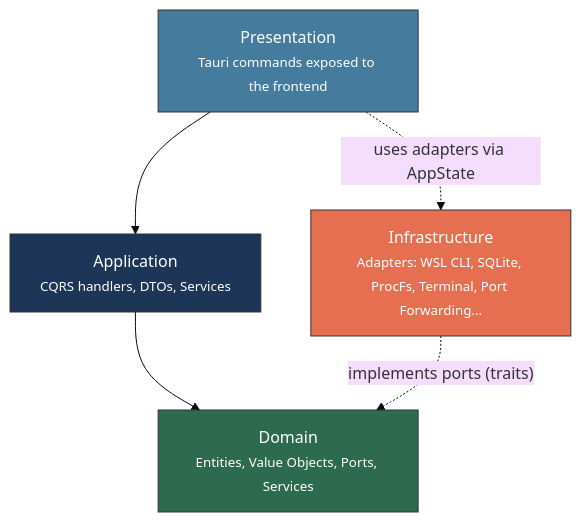
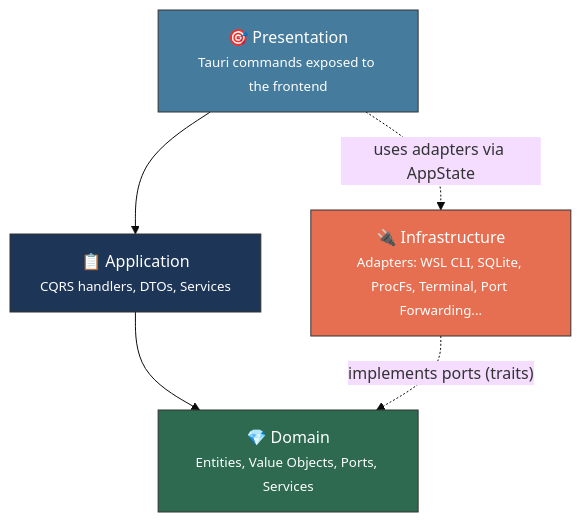
Before and after one commit to muchiny/wsl-dashboard: the first of 2 diagrams in src-tauri/README.md, drawn with Mermaid (base theme). The commit also changed other lines of this file and 14 other files, not shown here.

First line of the commit message:
chore: bump version to 1.0.1, enrich READMEs with emojis and mermaid diagrams

````diff
--- a/src-tauri/README.md
+++ b/src-tauri/README.md
@@ -11,17 +11,17 @@
 ```mermaid
 graph TD
-    P["Presentation<br/><small>Tauri commands exposed to the frontend</small>"]
-    A["Application<br/><small>CQRS handlers, DTOs, Services</small>"]
-    D["Domain<br/><small>Entities, Value Objects, Ports, Services</small>"]
-    I["Infrastructure<br/><small>Adapters: WSL CLI, SQLite, ProcFs, Terminal, Port Forwarding...</small>"]
+    P["🎯 Presentation<br/><small>Tauri commands exposed to the frontend</small>"]
+    A["📋 Application<br/><small>CQRS handlers, DTOs, Services</small>"]
+    D["💎 Domain<br/><small>Entities, Value Objects, Ports, Services</small>"]
+    I["🔌 Infrastructure<br/><small>Adapters: WSL CLI, SQLite, ProcFs, Terminal, Port Forwarding...</small>"]
 
     P --> A
     A --> D
     I -.->|"implements ports (traits)"| D
     P -.->|"uses adapters via AppState"| I
 
     style D fill:#2d6a4f,stroke:#333,color:#fff
     style A fill:#1d3557,stroke:#333,color:#fff
     style I fill:#e76f51,stroke:#333,color:#fff
     style P fill:#457b9d,stroke:#333,color:#fff
 ```
````
